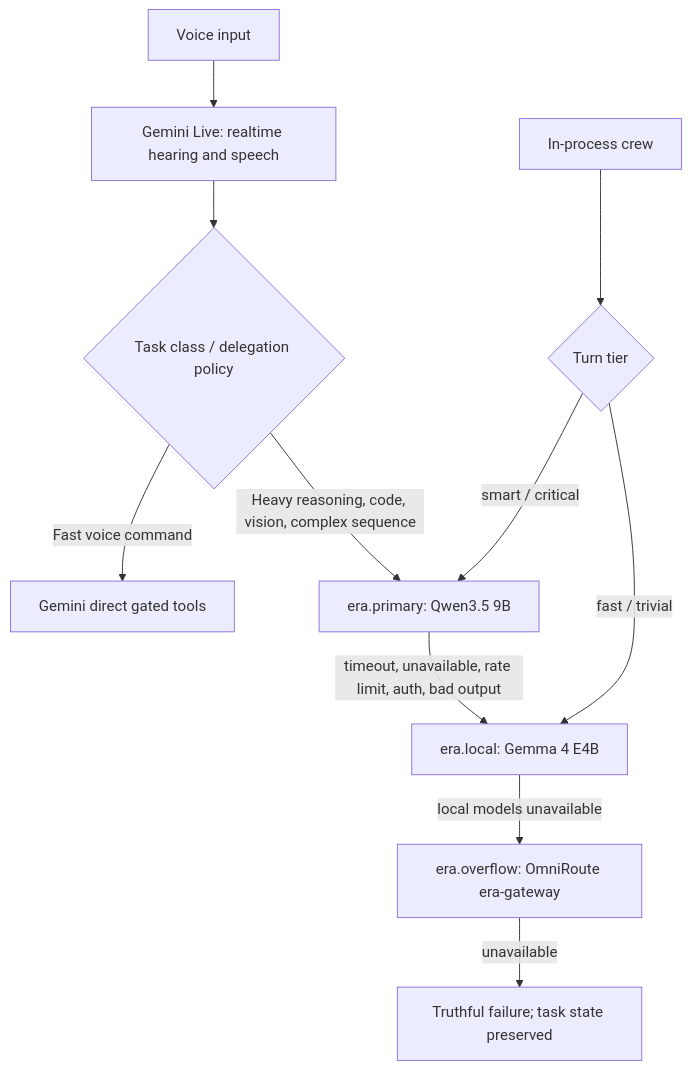
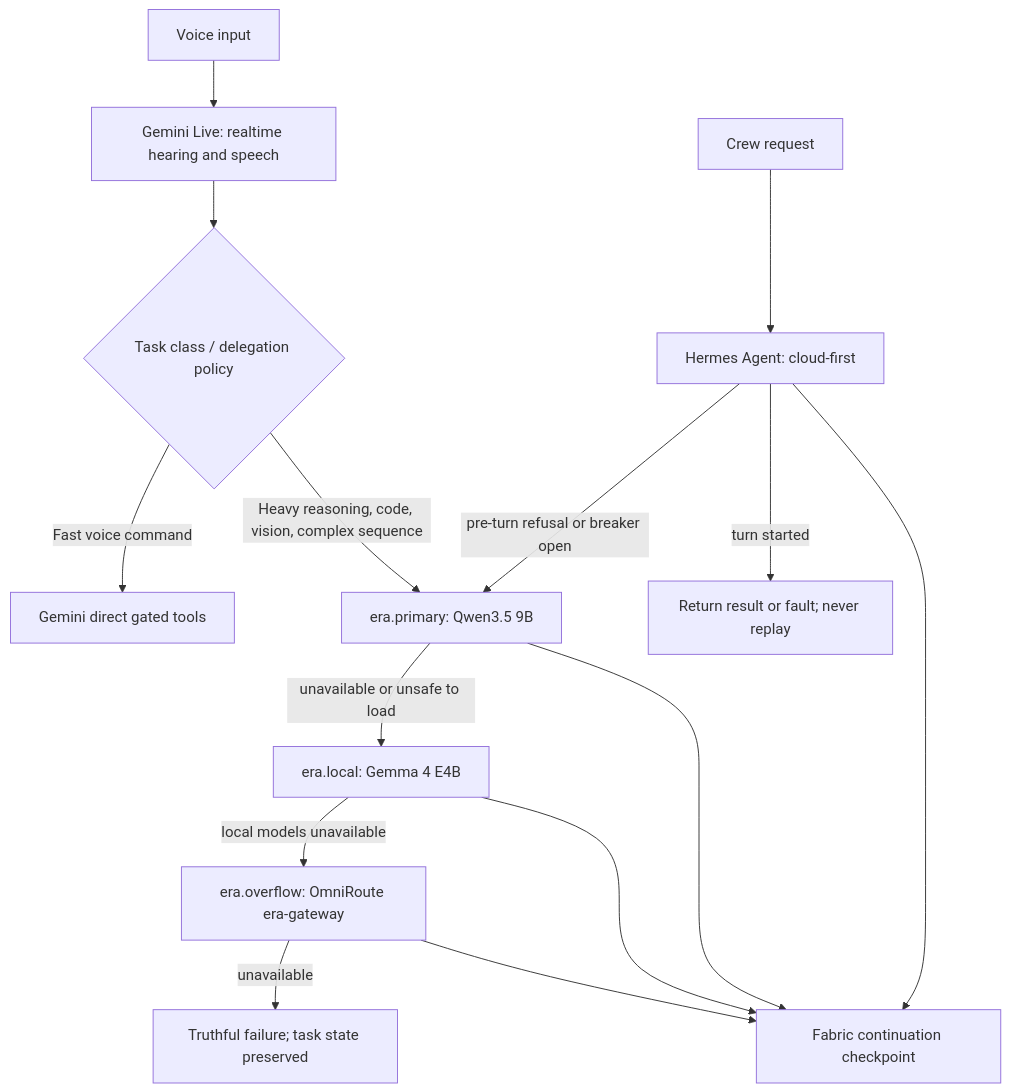
One commit to kimuss92/EraOne changed the diagram in docs/superpowers/specs/2026-11-18-era-local-model-router-design.md. Above: the diagram before and after it, drawn with Mermaid. The commit also changed other lines of this file, not shown here.

Commit message:
docs: revise Era cloud-first fallback design

````diff
--- a/docs/superpowers/specs/2026-11-18-era-local-model-router-design.md
+++ b/docs/superpowers/specs/2026-11-18-era-local-model-router-design.md
@@ -86,14 +103,19 @@
 ```mermaid
 flowchart TD
     U[Voice input] --> G[Gemini Live: realtime hearing and speech]
     G --> S{Task class / delegation policy}
     S -->|Fast voice command| GT[Gemini direct gated tools]
     S -->|Heavy reasoning, code, vision, complex sequence| Q[era.primary: Qwen3.5 9B]
-    Q -->|timeout, unavailable, rate limit, auth, bad output| F[era.local: Gemma 4 E4B]
+    Q -->|unavailable or unsafe to load| F[era.local: Gemma 4 E4B]
     F -->|local models unavailable| O[era.overflow: OmniRoute era-gateway]
     O -->|unavailable| E[Truthful failure; task state preserved]
 
-    C[In-process crew] --> T{Turn tier}
-    T -->|smart / critical| Q
-    T -->|fast / trivial| F
+    C[Crew request] --> H[Hermes Agent: cloud-first]
+    H -->|pre-turn refusal or breaker open| Q
+    H -->|turn started| R[Return result or fault; never replay]
+
+    Q --> K[Fabric continuation checkpoint]
+    F --> K
+    H --> K
+    O --> K
 ```
````
